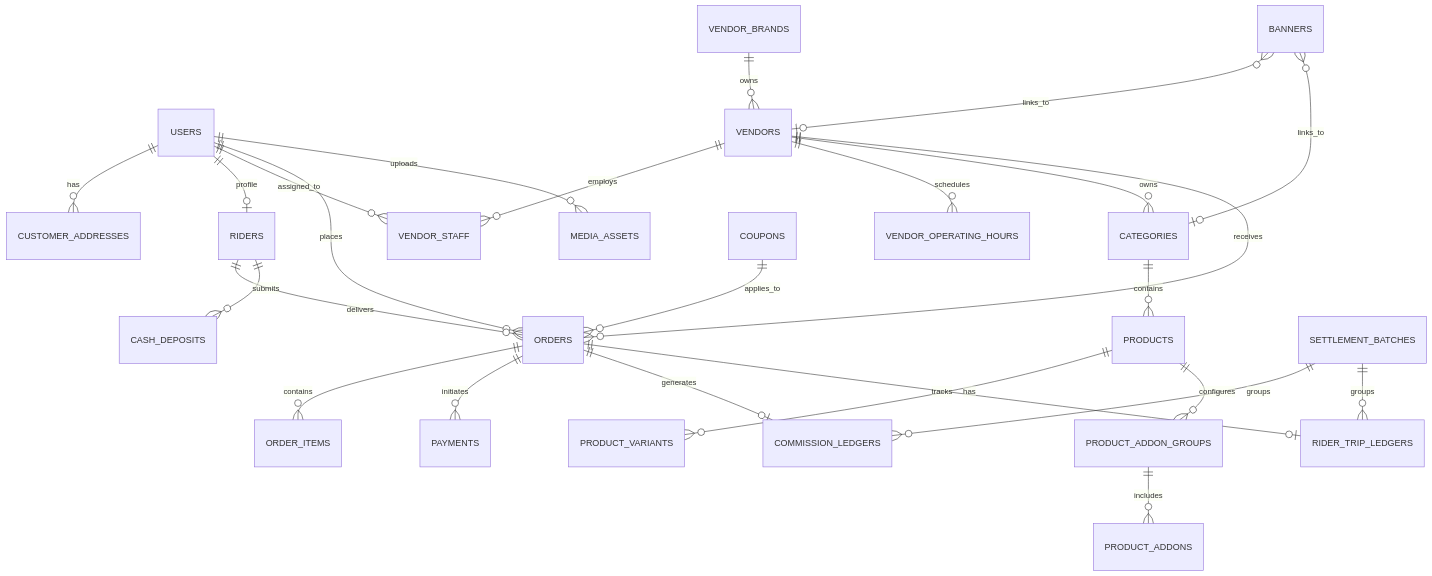
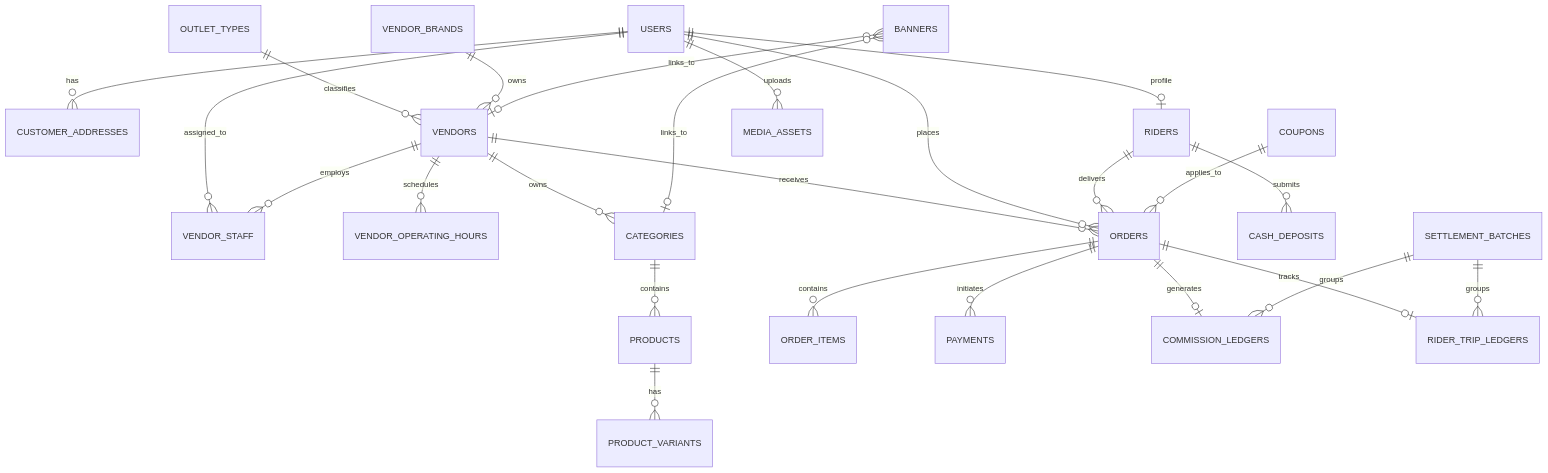
The diagram in context_docs/technical-implementation-documents/02-database-schema-and-data-models.md (BrainStation-23/DeliveryOS-Demo), drawn with Mermaid before and after one commit. The commit also changed other lines of this file and 29 other files, not shown here.

````diff
--- a/context_docs/technical-implementation-documents/02-database-schema-and-data-models.md
+++ b/context_docs/technical-implementation-documents/02-database-schema-and-data-models.md
@@ -9,33 +9,32 @@
 ```mermaid
 erDiagram
     USERS ||--o{ CUSTOMER_ADDRESSES : has
     USERS ||--o| RIDERS : profile
     USERS ||--o{ VENDOR_STAFF : assigned_to
 
+    OUTLET_TYPES ||--o{ VENDORS : classifies
     VENDOR_BRANDS ||--o{ VENDORS : owns
     VENDORS ||--o{ VENDOR_STAFF : employs
     VENDORS ||--o{ VENDOR_OPERATING_HOURS : schedules
     VENDORS ||--o{ CATEGORIES : owns
     CATEGORIES ||--o{ PRODUCTS : contains
     PRODUCTS ||--o{ PRODUCT_VARIANTS : has
-    PRODUCTS ||--o{ PRODUCT_ADDON_GROUPS : configures
-    PRODUCT_ADDON_GROUPS ||--o{ PRODUCT_ADDONS : includes
 
     VENDORS ||--o{ ORDERS : receives
     USERS ||--o{ ORDERS : places
     RIDERS ||--o{ ORDERS : delivers
     COUPONS ||--o{ ORDERS : applies_to
     ORDERS ||--o{ ORDER_ITEMS : contains
     ORDERS ||--o{ PAYMENTS : initiates
     RIDERS ||--o{ CASH_DEPOSITS : submits
 
     ORDERS ||--o| COMMISSION_LEDGERS : generates
     ORDERS ||--o| RIDER_TRIP_LEDGERS : tracks
     SETTLEMENT_BATCHES ||--o{ COMMISSION_LEDGERS : groups
     SETTLEMENT_BATCHES ||--o{ RIDER_TRIP_LEDGERS : groups
 
     BANNERS }o--o| VENDORS : links_to
     BANNERS }o--o| CATEGORIES : links_to
 
     USERS ||--o{ MEDIA_ASSETS : uploads
 ```
````
